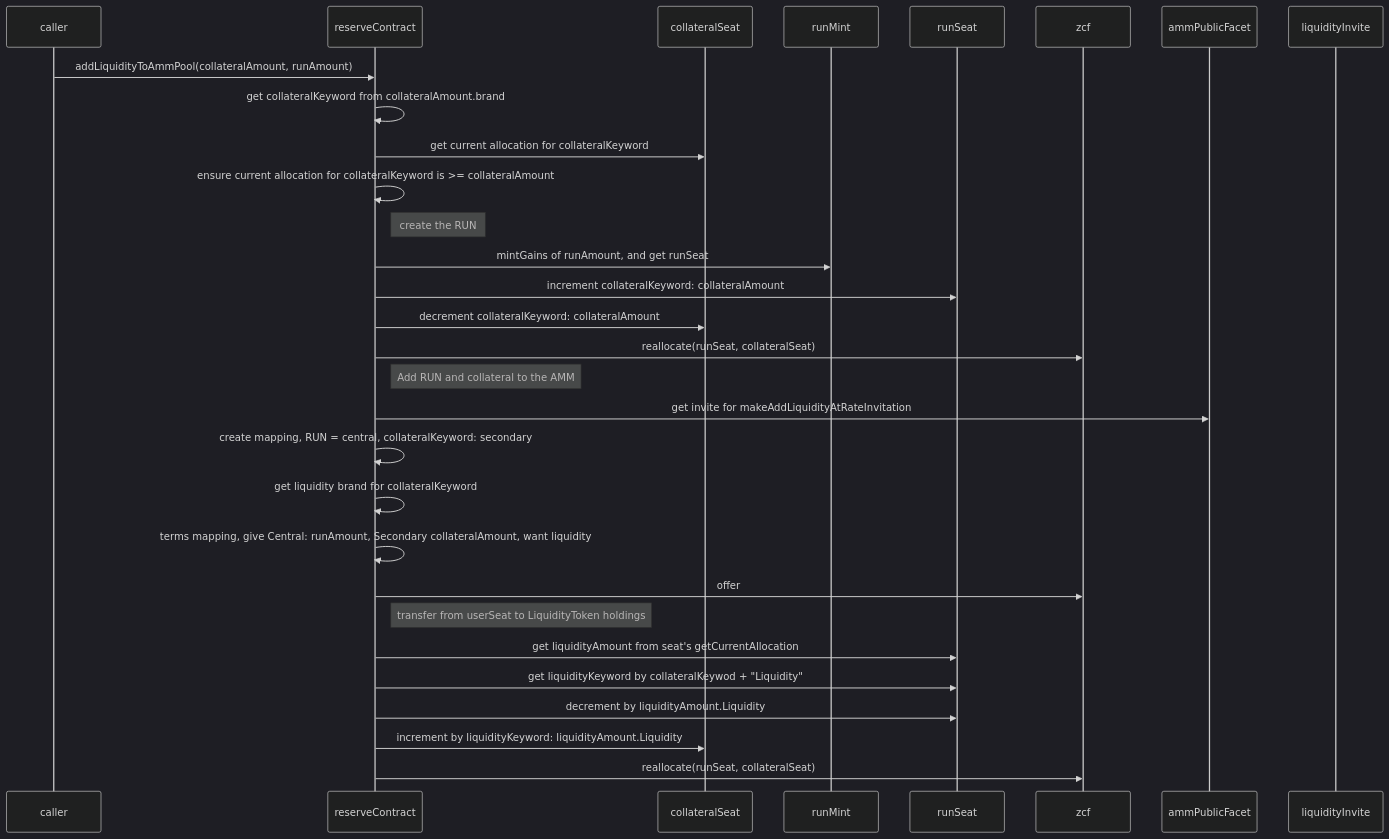
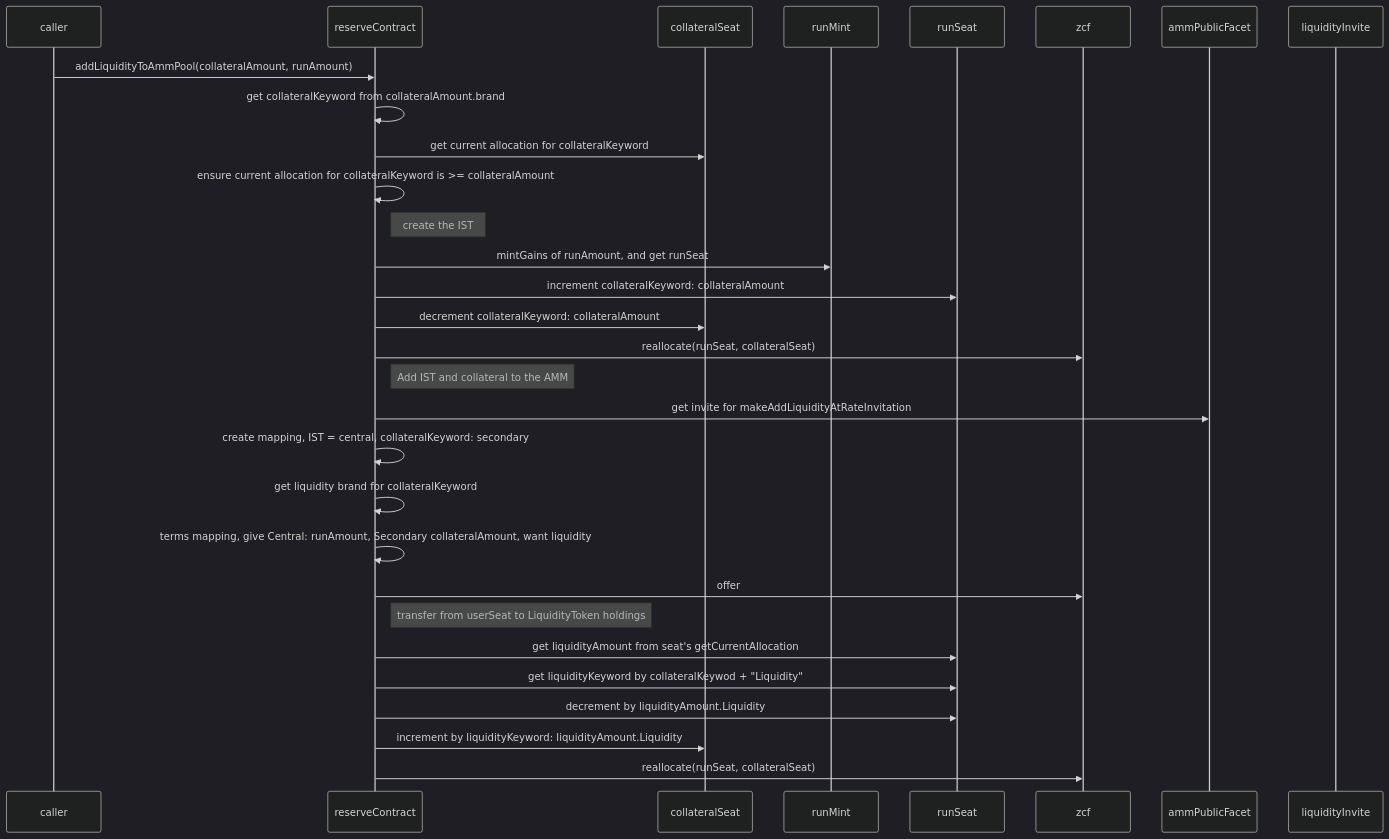
One commit to Agoric/agoric-sdk changed the fifth of 5 diagrams in packages/inter-protocol/src/reserve/doc.md. Above: the diagram before and after it, drawn with Mermaid (dark theme). The commit also changed 4 other files, not shown here.

Commit message:
s/RUN/IST/g

````diff
--- a/packages/inter-protocol/src/reserve/doc.md
+++ b/packages/inter-protocol/src/reserve/doc.md
@@ -89,41 +89,41 @@
 ```mermaid
 sequenceDiagram
 
 participant caller
 participant reserveContract
 participant collateralSeat
 participant runMint
 participant runSeat
 participant zcf
 participant ammPublicFacet
 participant liquidityInvite
 
 caller ->> reserveContract: addLiquidityToAmmPool(collateralAmount, runAmount)
 reserveContract ->> reserveContract: get collateralKeyword from collateralAmount.brand
 reserveContract ->> collateralSeat: get current allocation for collateralKeyword
 reserveContract ->> reserveContract: ensure  current allocation for collateralKeyword is >= collateralAmount
 
 
-note right of reserveContract: create the RUN
+note right of reserveContract: create the IST
 reserveContract ->> runMint: mintGains of runAmount, and get runSeat
 reserveContract ->> runSeat: increment collateralKeyword: collateralAmount
 reserveContract ->> collateralSeat: decrement collateralKeyword: collateralAmount
 reserveContract ->> zcf: reallocate(runSeat, collateralSeat)
 
-note right of reserveContract: Add RUN and collateral to the AMM
+note right of reserveContract: Add IST and collateral to the AMM
 reserveContract ->> ammPublicFacet: get invite for makeAddLiquidityAtRateInvitation
-reserveContract ->> reserveContract: create mapping, RUN = central, collateralKeyword: secondary
+reserveContract ->> reserveContract: create mapping, IST = central, collateralKeyword: secondary
 reserveContract ->> reserveContract: get liquidity brand for collateralKeyword
 reserveContract ->> reserveContract: terms mapping, give Central: runAmount, Secondary collateralAmount, want liquidity
 reserveContract ->> zcf: offer
 
 
 note right of reserveContract: transfer from userSeat to LiquidityToken holdings
 reserveContract ->> runSeat: get liquidityAmount from seat's getCurrentAllocation
 reserveContract ->> runSeat: get liquidityKeyword by collateralKeywod + "Liquidity"
 
 reserveContract ->> runSeat: decrement by liquidityAmount.Liquidity
 reserveContract ->> collateralSeat: increment by liquidityKeyword: liquidityAmount.Liquidity
 reserveContract ->> zcf: reallocate(runSeat, collateralSeat)
 
 ```
````
